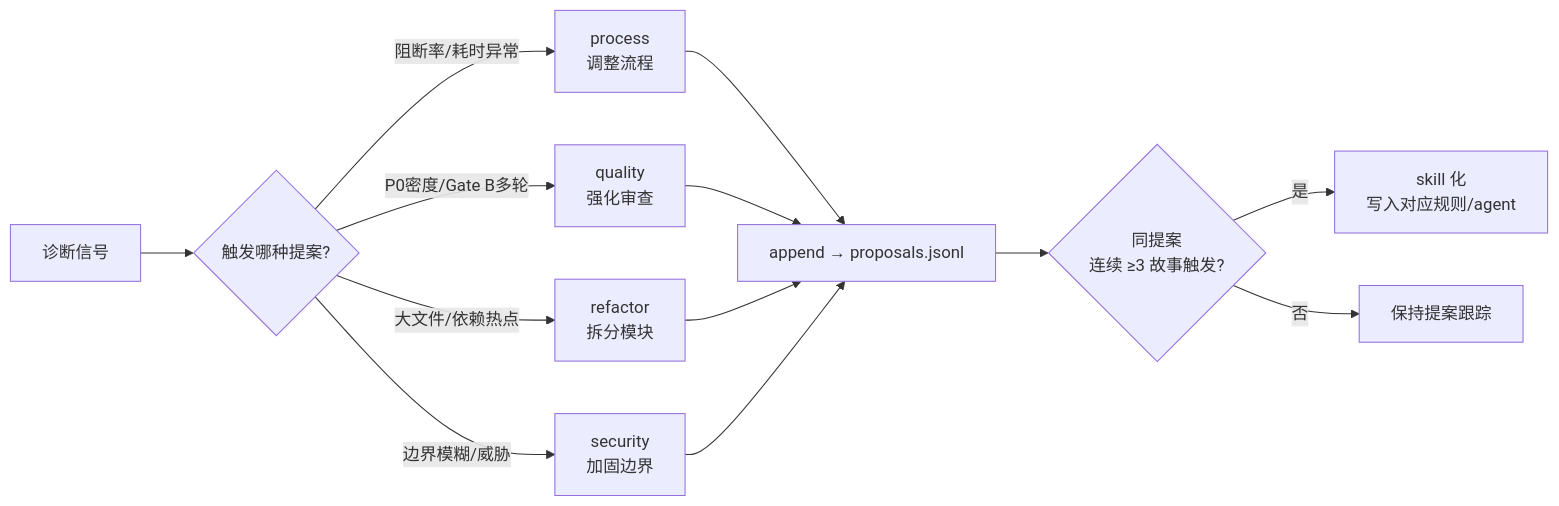
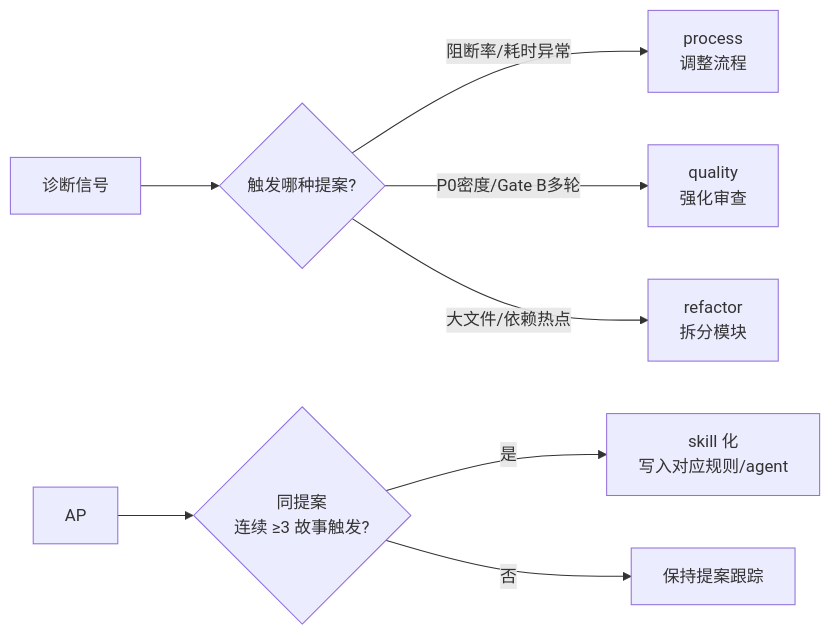
The fourth of 6 diagrams in agents/self-improve.md (effiy/YrY), drawn with Mermaid before and after one commit. The commit also changed other lines of this file and 91 other files, not shown here.

````diff
--- a/agents/self-improve.md
+++ b/agents/self-improve.md
@@ -121,13 +107,11 @@
 ```mermaid
 flowchart LR
     DIAG["诊断信号"] --> TYPE{"触发哪种提案?"}
     TYPE -->|"阻断率/耗时异常"| PRC["process<br/>调整流程"]:::prop
     TYPE -->|"P0密度/Gate B多轮"| QLT["quality<br/>强化审查"]:::prop
     TYPE -->|"大文件/依赖热点"| REF["refactor<br/>拆分模块"]:::prop
-    TYPE -->|"边界模糊/威胁"| SEC["security<br/>加固边界"]:::prop
-    PRC & QLT & REF & SEC --> AP["append → proposals.jsonl"]:::out
     AP --> RE{"同提案<br/>连续 ≥3 故事触发?"}
     RE -->|"是"| SKL["skill 化<br/>写入对应规则/agent"]:::up
     RE -->|"否"| WAIT["保持提案跟踪"]:::wait
 
 ```
````
